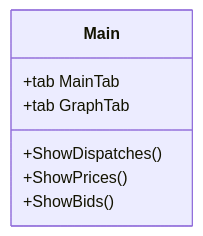
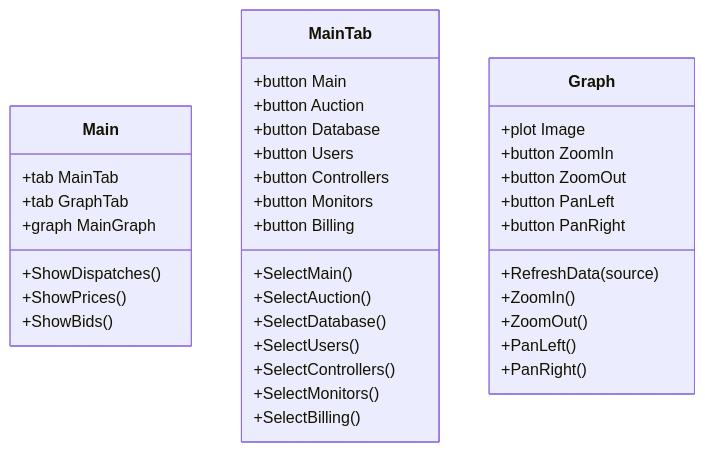
One commit to aivanova5/design changed the third of 4 diagrams in docs/monitors.md. Above: the diagram before and after it, drawn with Mermaid. The commit also changed other lines of this file, not shown here.

````diff
--- a/docs/monitors.md
+++ b/docs/monitors.md
@@ -33,10 +36,39 @@
 ```mermaid
 classDiagram
-   class Main {
-      +tab MainTab
-      +tab GraphTab
-      +ShowDispatches()
-      +ShowPrices()
-      +ShowBids()
-    }
+  class Main {
+    +tab MainTab
+    +tab GraphTab
+    +graph MainGraph
+    +ShowDispatches()
+    +ShowPrices()
+    +ShowBids()
+  }
+  class MainTab {
+    +button Main
+    +button Auction
+    +button Database
+    +button Users
+    +button Controllers
+    +button Monitors
+    +button Billing
+    +SelectMain()
+    +SelectAuction()
+    +SelectDatabase()
+    +SelectUsers()
+    +SelectControllers()
+    +SelectMonitors()
+    +SelectBilling()
+  }
+  class Graph {
+    +plot Image
+    +button ZoomIn
+    +button ZoomOut
+    +button PanLeft
+    +button PanRight
+    +RefreshData(source)
+    +ZoomIn()
+    +ZoomOut()
+    +PanLeft()
+    +PanRight()
+  }
 ```
````
